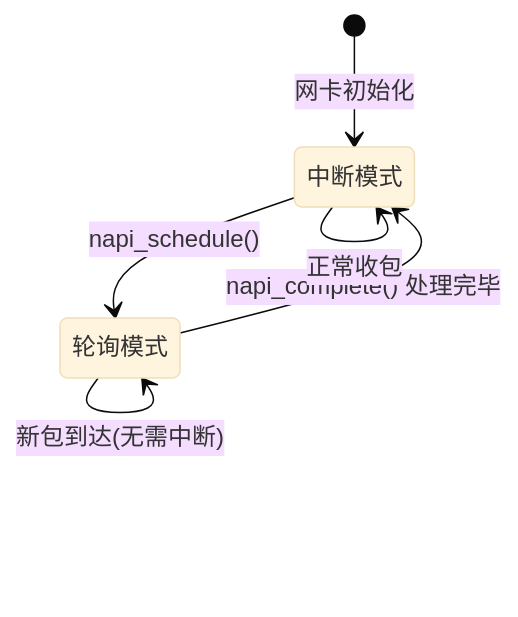
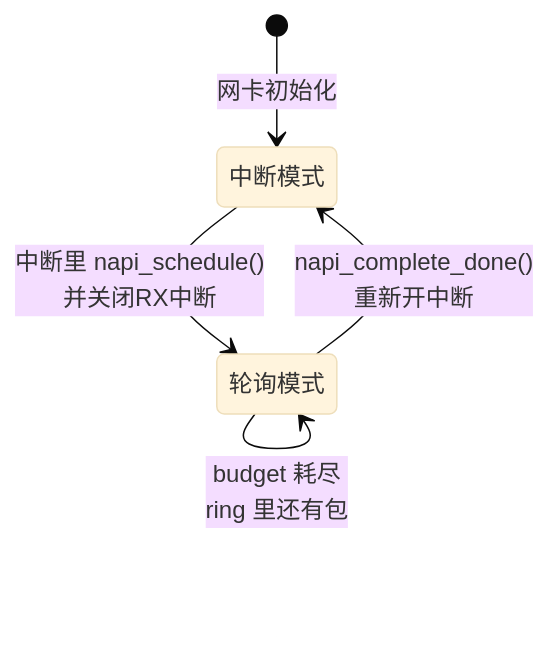
The diagram in docs/02-核心机制深度解析/第10章 中断与时间/10.3.5_NAPI中断与轮询的混合模式.md (xiaohong0925/Embedded_Knowledge_System_V2026), drawn with Mermaid (base theme) before and after one commit. The commit also changed other lines of this file and 65 other files, not shown here.

````diff
--- a/docs/02-核心机制深度解析/第10章 中断与时间/10.3.5_NAPI中断与轮询的混合模式.md
+++ b/docs/02-核心机制深度解析/第10章 中断与时间/10.3.5_NAPI中断与轮询的混合模式.md
@@ -35,9 +27,7 @@
 ```mermaid
 stateDiagram-v2
     [*] --> 中断模式 : 网卡初始化
-    中断模式 --> 轮询模式 : napi_schedule()
-    轮询模式 --> 轮询模式 : napi_poll() 预算未耗尽
-    轮询模式 --> 中断模式 : napi_complete() 处理完毕
-    轮询模式 --> 轮询模式 : 新包到达(无需中断)
-    中断模式 --> 中断模式 : 正常收包
+    中断模式 --> 轮询模式 : 中断里 napi_schedule()<br>并关闭RX中断
+    轮询模式 --> 轮询模式 : budget 耗尽<br>ring 里还有包
+    轮询模式 --> 中断模式 : napi_complete_done()<br>重新开中断
 ```
````
